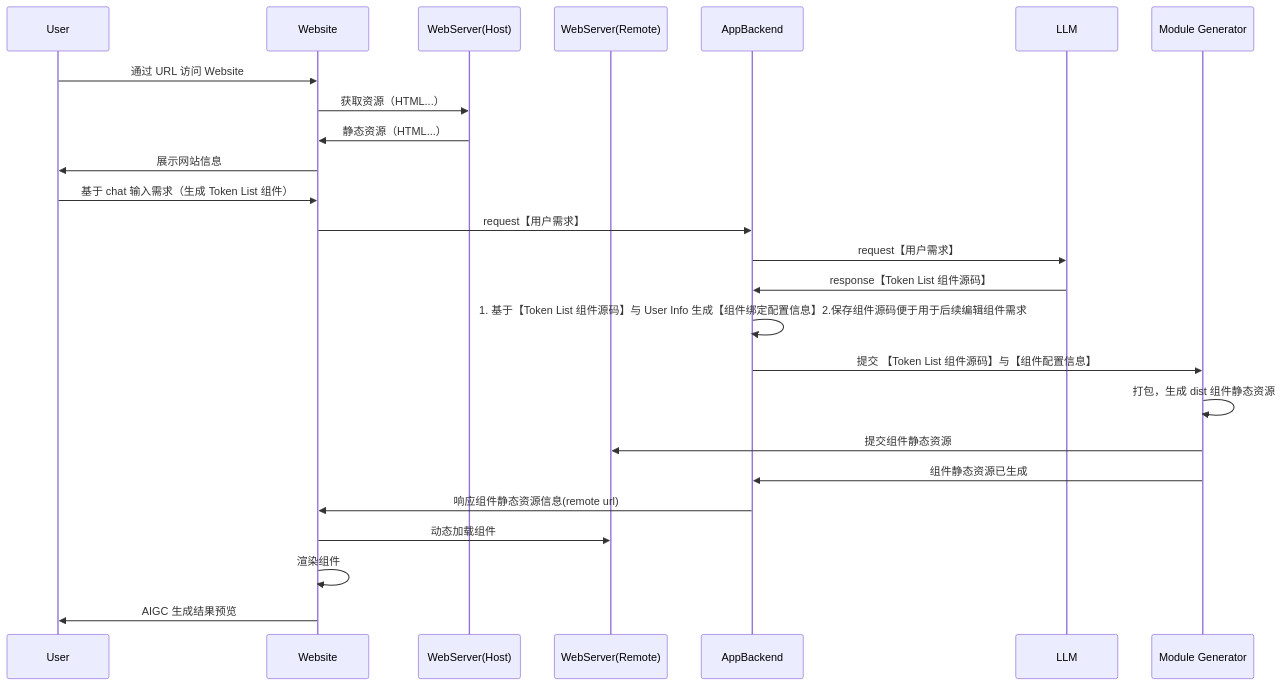
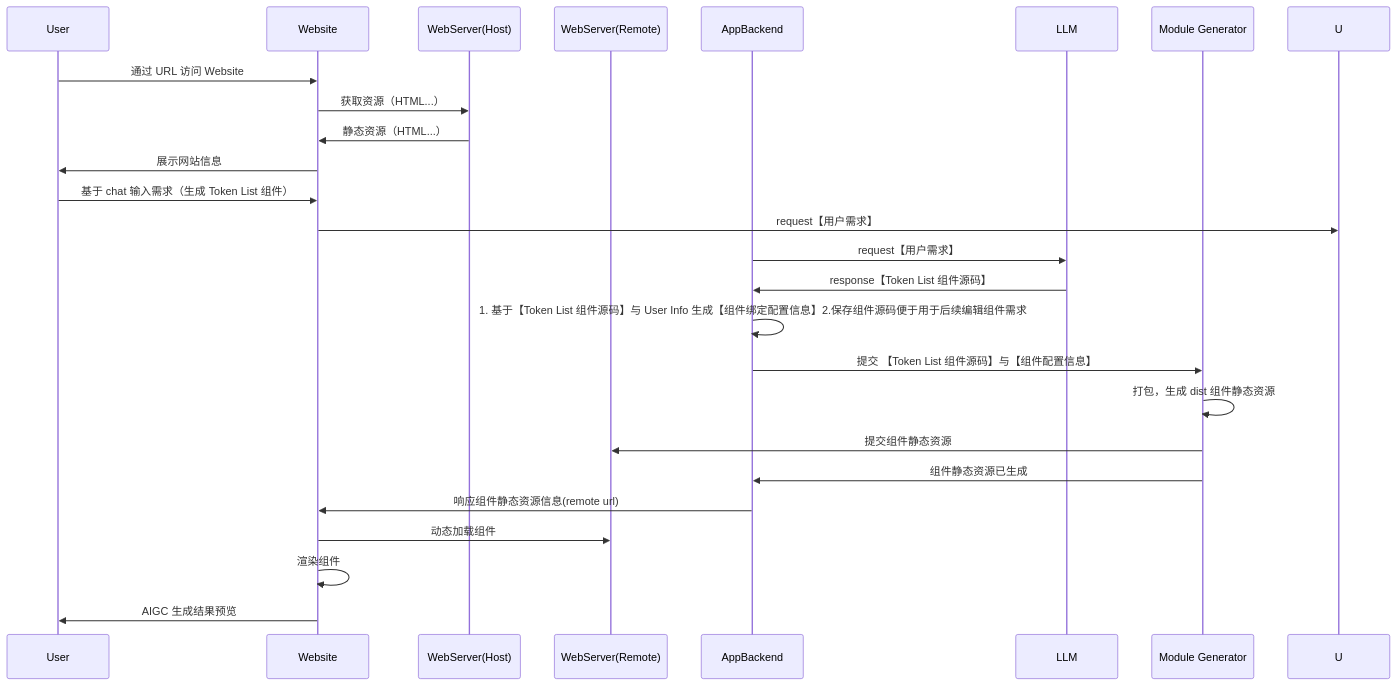
The diagram in all/未命名-7.md (yingjianzh/iodraw-files), drawn with Mermaid before and after one commit.

Commit message:
2024-10-08 15:28:19 update

````diff
--- a/all/未命名-7.md
+++ b/all/未命名-7.md
@@ -1,28 +1,28 @@
 ```mermaid
 sequenceDiagram
 	participant user as User
 	participant website as Website
 	participant HostWebServer as WebServer(Host)
 	participant RemoteWebServer as WebServer(Remote)
 	participant AppBackend as AppBackend
     participant LLM as LLM
 	participant ModuleGenerator as Module Generator
 
     user ->> website: 通过 URL 访问 Website
 	website ->> HostWebServer: 获取资源（HTML...）
 	HostWebServer ->> website: 静态资源（HTML...）
 	website ->> user: 展示网站信息
 	user ->> website: 基于 chat 输入需求（生成 Token List 组件）
-	website ->> AppBackend: request【用户需求】
+	website ->> U: request【用户需求】
 	AppBackend ->> LLM: request【用户需求】
 	LLM ->> AppBackend: response【Token List 组件源码】
 	AppBackend ->> AppBackend: 1. 基于【Token List 组件源码】与 User Info 生成【组件绑定配置信息】2.保存组件源码便于用于后续编辑组件需求
 	AppBackend ->> ModuleGenerator: 提交 【Token List 组件源码】与【组件配置信息】
 	ModuleGenerator ->> ModuleGenerator: 打包，生成 dist 组件静态资源
 	ModuleGenerator ->> RemoteWebServer: 提交组件静态资源
 	ModuleGenerator ->> AppBackend: 组件静态资源已生成
 	AppBackend ->> website: 响应组件静态资源信息(remote url)
 	website ->> RemoteWebServer: 动态加载组件
 	website ->> website: 渲染组件
 	website ->> user: AIGC 生成结果预览
 ```
````
